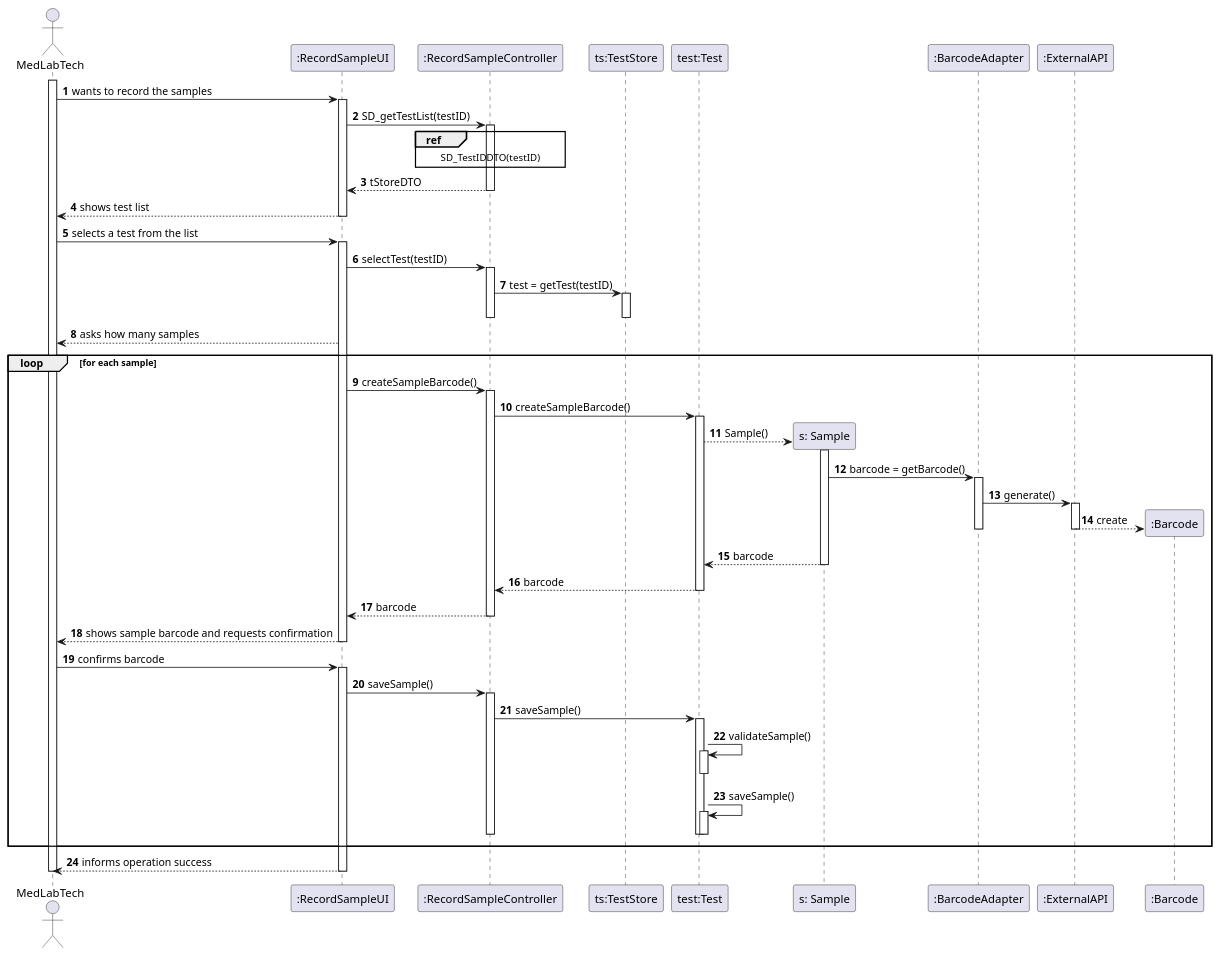
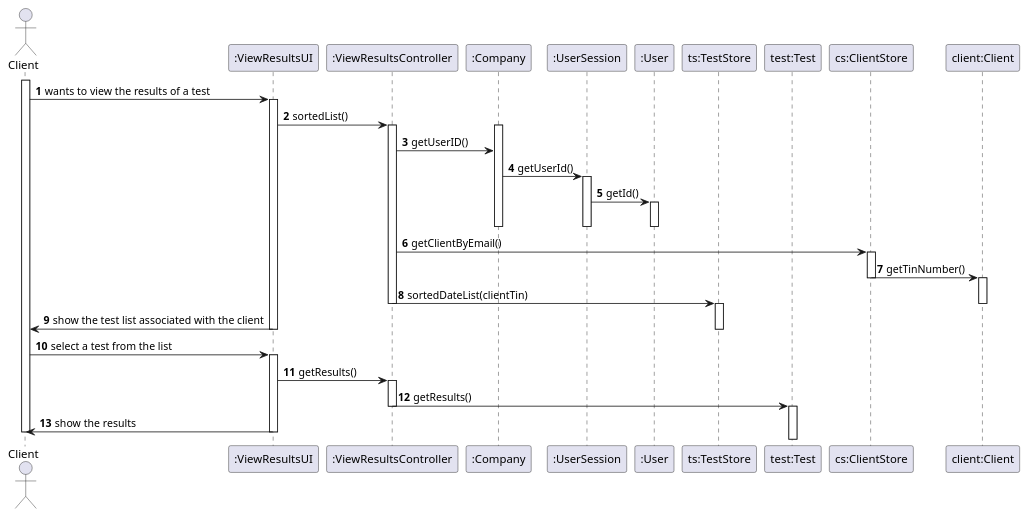
The diagram in docs/SprintD/US1/US1_SD.puml (MarianaCLages/LAPR2), drawn with PlantUML before and after one commit. The commit also changed 6 other files, not shown here.

```diff
--- a/docs/SprintD/US1/US1_SD.puml
+++ b/docs/SprintD/US1/US1_SD.puml
@@ -1,78 +1,76 @@
 @startuml
 autonumber
-actor MedLabTech as MLT
-participant ":RecordSampleUI" as UI
-participant ":RecordSampleController" as CTRL
-participant "ts:TestStore" as TT
+actor Client as C
+participant ":ViewResultsUI" as UI
+participant ":ViewResultsController" as CTRL
+participant ":Company" as company
+participant ":UserSession" as US
+participant ":User" as U
+participant "ts:TestStore" as tt
 participant "test:Test" as t
-participant "s: Sample" as S
-participant ":BarcodeAdapter" as Bc
-participant ":ExternalAPI" as Ea
-participant ":Barcode" as Bar
+participant "cs:ClientStore" as cc
+participant "client:Client" as c
 
-activate MLT
-MLT -> UI: wants to record the samples
+
+
+activate C
+C -> UI: wants to view the results of a test
+
 activate UI
-UI -> CTRL : SD_getTestList(testID)
-ref over CTRL: SD_TestIDDTO(testID)
+UI -> CTRL :sortedList()
 activate CTRL
-CTRL --> UI: tStoreDTO
+
+activate company
+
+
+
+CTRL -> company: getUserID()
+deactivate c
+company -> US: getUserId()
+activate US
+US -> U: getId()
+activate U
+deactivate U
+deactivate US
+deactivate company
+CTRL -> cc: getClientByEmail()
+
+activate cc
+cc -> c: getTinNumber()
+deactivate cc
+
+activate c
+
+CTRL -> tt: sortedDateList(clientTin)
+deactivate c
+
+activate tt
+
+
+
 deactivate CTRL
+UI -> C: show the test list associated with the client
+deactivate tt
 
-UI --> MLT: shows test list
-deactivate UI
-MLT -> UI: selects a test from the list
-activate UI
-UI -> CTRL: selectTest(testID)
-activate CTRL
-CTRL -> TT:test = getTest(testID)
-activate TT
-deactivate
-deactivate
-UI --> MLT: asks how many samples
-loop for each sample
-UI -> CTRL: createSampleBarcode()
-activate CTRL
-CTRL -> t: createSampleBarcode()
-activate t
-t --> S**: Sample()
-activate S
-S -> Bc: barcode = getBarcode()
-activate Bc
-Bc -> Ea: generate()
-activate Ea
-Ea --> Bar** :create
-deactivate Ea
-deactivate Bc
-return barcode
-return barcode
-return barcode
-deactivate S
-deactivate t
-deactivate CTRL
 
-UI --> MLT: shows sample barcode and requests confirmation
 deactivate UI
 
+C -> UI: select a test from the list
+activate UI
+UI -> CTRL: getResults()
+activate CTRL
+CTRL -> t: getResults()
+deactivate CTRL
+activate t
+deactivate t
+
+UI -> C: show the results
 deactivate UI
-deactivate CTRL
-deactivate CTRL
-MLT -> UI: confirms barcode
-activate UI
-UI -> CTRL: saveSample()
-activate CTRL
-CTRL -> t: saveSample()
-activate t
-t -> t: validateSample()
-activate t
-deactivate
-t -> t: saveSample()
-activate t
-deactivate
-deactivate t
-deactivate CTRL
-end
-UI --> MLT: informs operation success
+
+
+
+
+
 deactivate UI
-deactivate MLT
+deactivate C
 @enduml
```
